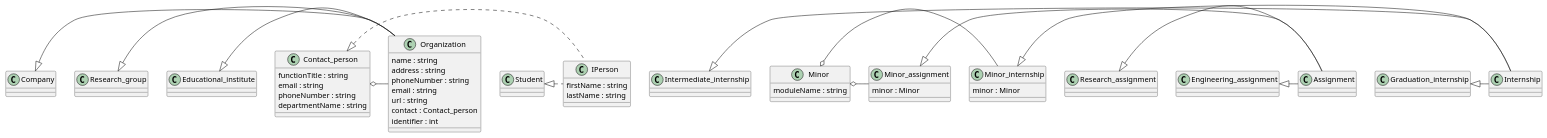
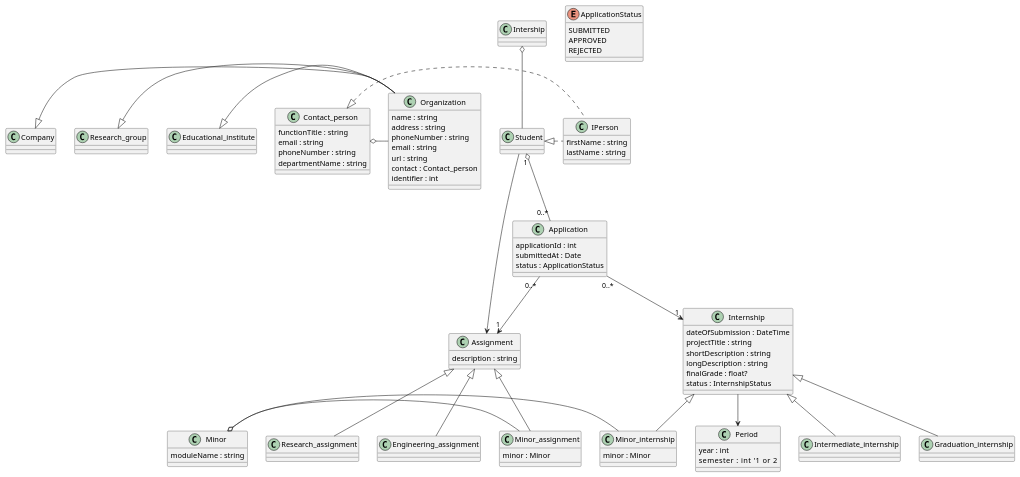
Before and after one commit to JoiningwithMattheus/Week1: the diagram in Week3/ClassDiagram.puml, drawn with PlantUML. The commit also changed 4 other files, not shown here.

```diff
--- a/Week3/ClassDiagram.puml
+++ b/Week3/ClassDiagram.puml
@@ -1,97 +1,119 @@
 @startuml SIS
 
 class Organization {
     name : string
     address : string
     phoneNumber : string
     email : string
     url : string
     contact : Contact_person
     identifier : int
 
 }
 
 class Company {
 
 }
 Company <|- Organization
 
 class Research_group{
 
 }
 Research_group <|- Organization
 
 class Educational_institute{
 
 }
 Educational_institute <|- Organization
 
-class Internship {
-
+class Period {
+    year : int
+    semester : int     '1 or 2
 }
 
-class Intermediate_internship {
+class Internship {
+    dateOfSubmission : DateTime
+    projectTitle : string
+    shortDescription : string
+    longDescription : string
+    finalGrade : float?
+    status : InternshipStatus
+}
 
-}
-Intermediate_internship <|- Internship
+Internship --> Period
+
+class Intermediate_internship
 
 class Minor_internship {
     minor : Minor
+}
 
-}
-Minor_internship <|- Internship
+class Graduation_internship 
 
-class Graduation_internship {
-
-}
-Graduation_internship <|- Internship
+Internship <|-- Intermediate_internship
+Internship <|-- Minor_internship
+Internship <|-- Graduation_internship
 
 class Assignment {
-
+    description : string
 }
 
-class Research_assignment {
-
-}
-Research_assignment <|- Assignment
-
+class Research_assignment
 class Minor_assignment {
     minor : Minor
+}
 
-}
-Minor_assignment <|- Assignment
+class Engineering_assignment
 
-class Engineering_assignment {
-
-}
-Engineering_assignment <|- Assignment
+Assignment <|-- Research_assignment
+Assignment <|-- Minor_assignment
+Assignment <|-- Engineering_assignment
 
 class IPerson{
     firstName : string
     lastName : string
 
 }
 
 class Student {
 
 }
 Student <|. IPerson
 
 class Contact_person {
     functionTitle : string
     email : string
     phoneNumber : string
     departmentName : string
 
 }
 Contact_person <|. IPerson
 Contact_person o- Organization
 
 class Minor {
     moduleName : string
 
 }
 Minor o- Minor_internship
 Minor o- Minor_assignment
 
+class Application {
+    applicationId : int
+    submittedAt : Date
+    status : ApplicationStatus
+}
+
+enum ApplicationStatus {
+    SUBMITTED
+    APPROVED
+    REJECTED
+}
+
+Student "1" o-- "0..*" Application
+Application "0..*" --> "1" Internship
+Application "0..*" --> "1" Assignment
+
+Intership o-- Student
+Student --> Assignment
+
 @enduml
```
